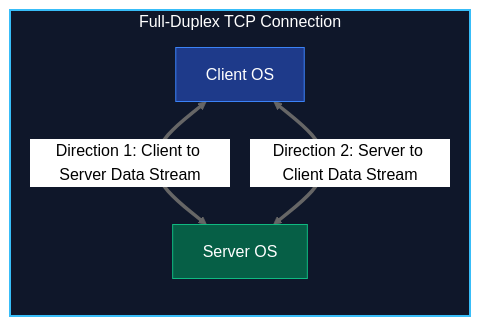
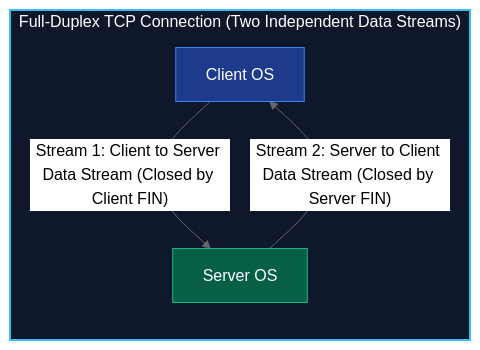
One commit to ayuslharora/blog-ayuslh changed the first of 3 diagrams in content/posts/networking/ch17-tcp-connection-termination-four-way-handshake.mdx. Above: the diagram before and after it, drawn with Mermaid (neutral theme). The commit also changed 1 other file, not shown here.

Commit message:
Correct arrow directions in Full-Duplex diagram

````diff
--- a/content/posts/networking/ch17-tcp-connection-termination-four-way-handshake.mdx
+++ b/content/posts/networking/ch17-tcp-connection-termination-four-way-handshake.mdx
@@ -29,12 +29,12 @@
 ```mermaid
-flowchart LR
-    subgraph FullDuplex ["Full-Duplex TCP Connection"]
+flowchart TD
+    subgraph FullDuplex ["Full-Duplex TCP Connection (Two Independent Data Streams)"]
         direction TB
-        Client["Client OS"] <== "Direction 1: Client to Server Data Stream" ==> Server["Server OS"]
-        Client <== "Direction 2: Server to Client Data Stream" ==> Server
+        Client["Client OS"] -->|"Stream 1: Client to Server Data Stream (Closed by Client FIN)"| Server["Server OS"]
+        Server -->|"Stream 2: Server to Client Data Stream (Closed by Server FIN)"| Client
     end
 
     style FullDuplex fill:#0f172a,stroke:#38bdf8,stroke-width:2px,color:#fff
     style Client fill:#1e3a8a,stroke:#3b82f6,color:#fff
     style Server fill:#065f46,stroke:#10b981,color:#fff
 ```
````
